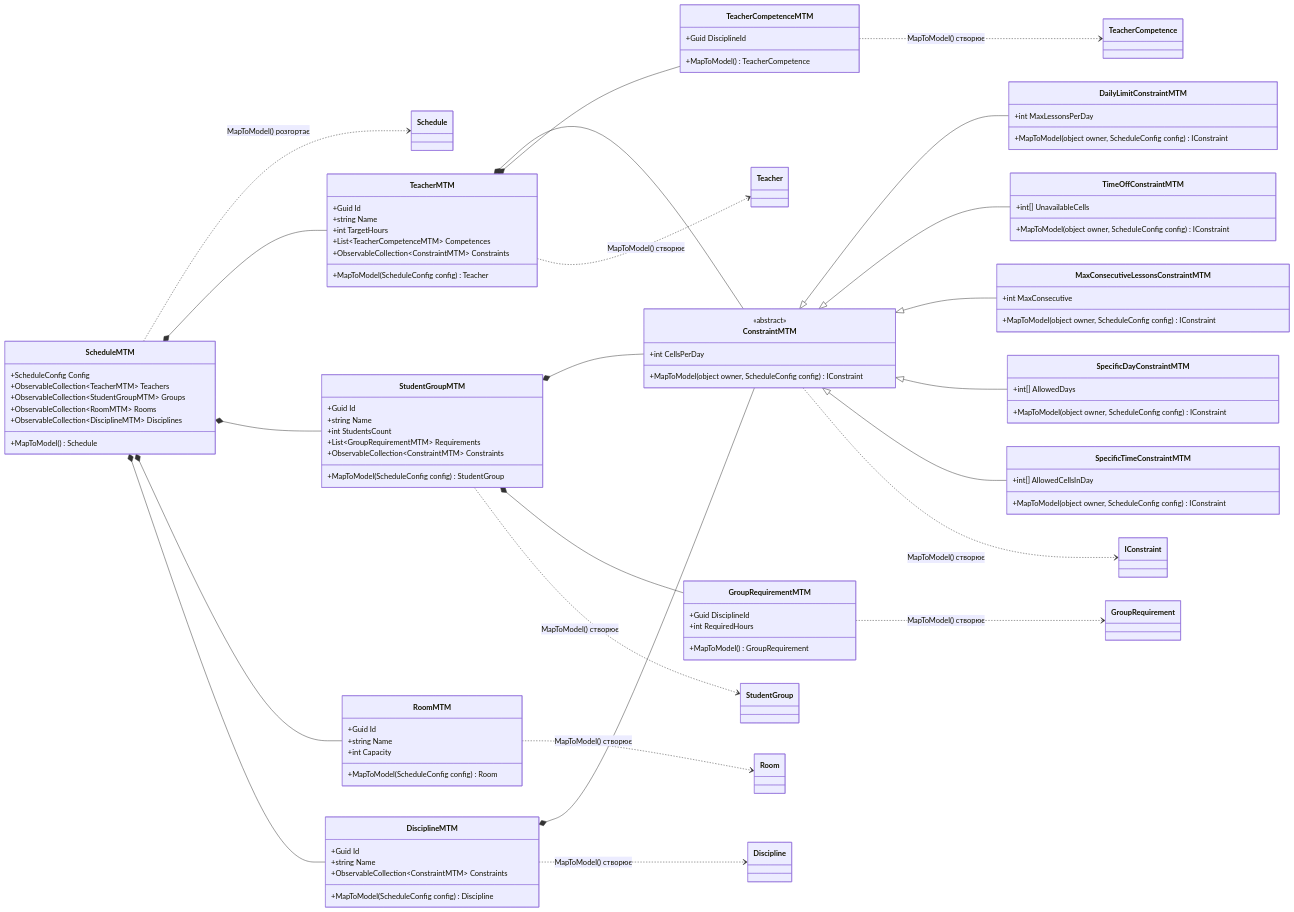
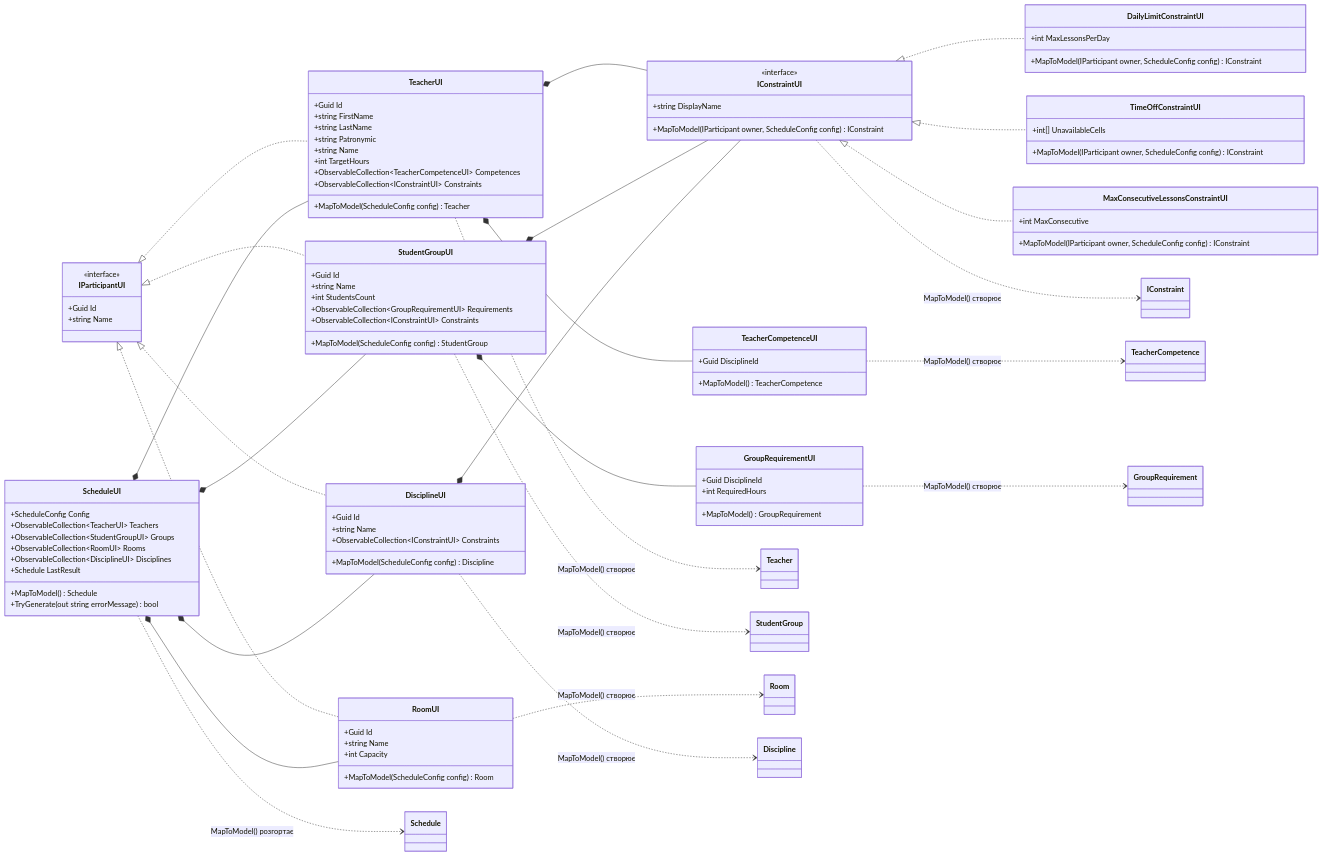
Before and after one commit to WDYT32/Lab1MAUI: the second of 6 diagrams in README.md, drawn with Mermaid. The commit also changed other lines of this file and 105 other files, not shown here.

````diff
--- a/README.md
+++ b/README.md
@@ -183,101 +202,107 @@
 classDiagram
     direction LR
 
-    %% --- ПАРАЛЕЛЬНА ІЄРАРХІЯ MTM ---
-    class ScheduleMTM {
-        +ScheduleConfig Config
-        +ObservableCollection~TeacherMTM~ Teachers
-        +ObservableCollection~StudentGroupMTM~ Groups
-        +ObservableCollection~RoomMTM~ Rooms
-        +ObservableCollection~DisciplineMTM~ Disciplines
-        +MapToModel() Schedule
+    %% --- ПАРАЛЕЛЬНА ІЄРАРХІЯ UI MODELS ---
+    class IParticipantUI {
+        <<interface>>
+        +Guid Id
+        +string Name
     }
 
-    class TeacherMTM {
+    class ScheduleUI {
+        +ScheduleConfig Config
+        +ObservableCollection~TeacherUI~ Teachers
+        +ObservableCollection~StudentGroupUI~ Groups
+        +ObservableCollection~RoomUI~ Rooms
+        +ObservableCollection~DisciplineUI~ Disciplines
+        +Schedule LastResult
+        +MapToModel() Schedule
+        +TryGenerate(out string errorMessage) bool
+    }
+
+    class TeacherUI {
         +Guid Id
+        +string FirstName
+        +string LastName
+        +string Patronymic
         +string Name
         +int TargetHours
-        +List~TeacherCompetenceMTM~ Competences
-        +ObservableCollection~ConstraintMTM~ Constraints
+        +ObservableCollection~TeacherCompetenceUI~ Competences
+        +ObservableCollection~IConstraintUI~ Constraints
         +MapToModel(ScheduleConfig config) Teacher
     }
-    class StudentGroupMTM {
+    class StudentGroupUI {
         +Guid Id
         +string Name
         +int StudentsCount
-        +List~GroupRequirementMTM~ Requirements
-        +ObservableCollection~ConstraintMTM~ Constraints
+        +ObservableCollection~GroupRequirementUI~ Requirements
+        +ObservableCollection~IConstraintUI~ Constraints
         +MapToModel(ScheduleConfig config) StudentGroup
     }
-    class RoomMTM {
+    class RoomUI {
         +Guid Id
         +string Name
         +int Capacity
         +MapToModel(ScheduleConfig config) Room
     }
-    class DisciplineMTM {
+    class DisciplineUI {
         +Guid Id
         +string Name
-        +ObservableCollection~ConstraintMTM~ Constraints
+        +ObservableCollection~IConstraintUI~ Constraints
         +MapToModel(ScheduleConfig config) Discipline
     }
-    class ConstraintMTM {
-        <<abstract>>
-        +int CellsPerDay
-        +MapToModel(object owner, ScheduleConfig config) IConstraint
+
+    IParticipantUI <|.. RoomUI
+    IParticipantUI <|.. TeacherUI
+    IParticipantUI <|.. StudentGroupUI
+    IParticipantUI <|.. DisciplineUI
+    class IConstraintUI {
+        <<interface>>
+        +string DisplayName
+        +MapToModel(IParticipant owner, ScheduleConfig config) IConstraint
     }
-    class DailyLimitConstraintMTM {
+    class DailyLimitConstraintUI {
         +int MaxLessonsPerDay
-        +MapToModel(object owner, ScheduleConfig config) IConstraint
+        +MapToModel(IParticipant owner, ScheduleConfig config) IConstraint
     }
-    class TimeOffConstraintMTM {
+    class TimeOffConstraintUI {
         +int[] UnavailableCells
-        +MapToModel(object owner, ScheduleConfig config) IConstraint
+        +MapToModel(IParticipant owner, ScheduleConfig config) IConstraint
     }
-    class MaxConsecutiveLessonsConstraintMTM {
+    class MaxConsecutiveLessonsConstraintUI {
         +int MaxConsecutive
-        +MapToModel(object owner, ScheduleConfig config) IConstraint
-    }
-    class SpecificDayConstraintMTM {
-        +int[] AllowedDays
-        +MapToModel(object owner, ScheduleConfig config) IConstraint
-    }
-    class SpecificTimeConstraintMTM {
-        +int[] AllowedCellsInDay
-        +MapToModel(object owner, ScheduleConfig config) IConstraint
+        +MapToModel(IParticipant owner, ScheduleConfig config) IConstraint
     }
 
-    class GroupRequirementMTM {
+    class GroupRequirementUI {
         +Guid DisciplineId
         +int RequiredHours
         +MapToModel() GroupRequirement
     }
-    class TeacherCompetenceMTM {
+    class TeacherCompetenceUI {
         +Guid DisciplineId
         +MapToModel() TeacherCompetence
     }
-    ScheduleMTM ..> Schedule : MapToModel() розгортає
-    ScheduleMTM *-- TeacherMTM
-    ScheduleMTM *-- StudentGroupMTM
-    ScheduleMTM *-- RoomMTM
-    ScheduleMTM *-- DisciplineMTM
-    TeacherMTM *-- ConstraintMTM
-    StudentGroupMTM *-- ConstraintMTM
-    DisciplineMTM *-- ConstraintMTM
-    StudentGroupMTM *-- GroupRequirementMTM
-    TeacherMTM *-- TeacherCompetenceMTM
-    GroupRequirementMTM ..> GroupRequirement : MapToModel() створює
-    TeacherCompetenceMTM ..> TeacherCompetence : MapToModel() створює
-    ConstraintMTM <|-- DailyLimitConstraintMTM
-    ConstraintMTM <|-- TimeOffConstraintMTM
-    ConstraintMTM <|-- MaxConsecutiveLessonsConstraintMTM
-    ConstraintMTM <|-- SpecificDayConstraintMTM
-    ConstraintMTM <|-- SpecificTimeConstraintMTM
+    ScheduleUI ..> Schedule : MapToModel() розгортає
+    ScheduleUI *-- TeacherUI
+    ScheduleUI *-- StudentGroupUI
+    ScheduleUI *-- RoomUI
+    ScheduleUI *-- DisciplineUI
+    TeacherUI *-- IConstraintUI
+    StudentGroupUI *-- IConstraintUI
+    DisciplineUI *-- IConstraintUI
+    StudentGroupUI *-- GroupRequirementUI
+    TeacherUI *-- TeacherCompetenceUI
+    GroupRequirementUI ..> GroupRequirement : MapToModel() створює
+    TeacherCompetenceUI ..> TeacherCompetence : MapToModel() створює
+    IConstraintUI <|.. DailyLimitConstraintUI
+    IConstraintUI <|.. TimeOffConstraintUI
+    IConstraintUI <|.. MaxConsecutiveLessonsConstraintUI
 
-    TeacherMTM ..> Teacher : MapToModel() створює
-    StudentGroupMTM ..> StudentGroup : MapToModel() створює
-    RoomMTM ..> Room : MapToModel() створює
-    DisciplineMTM ..> Discipline : MapToModel() створює
-    ConstraintMTM ..> IConstraint : MapToModel() створює
+    TeacherUI ..> Teacher : MapToModel() створює
+    StudentGroupUI ..> StudentGroup : MapToModel() створює
+    RoomUI ..> Room : MapToModel() створює
+    DisciplineUI ..> Discipline : MapToModel() створює
+    IConstraintUI ..> IConstraint : MapToModel() створює
 
 ```
````
